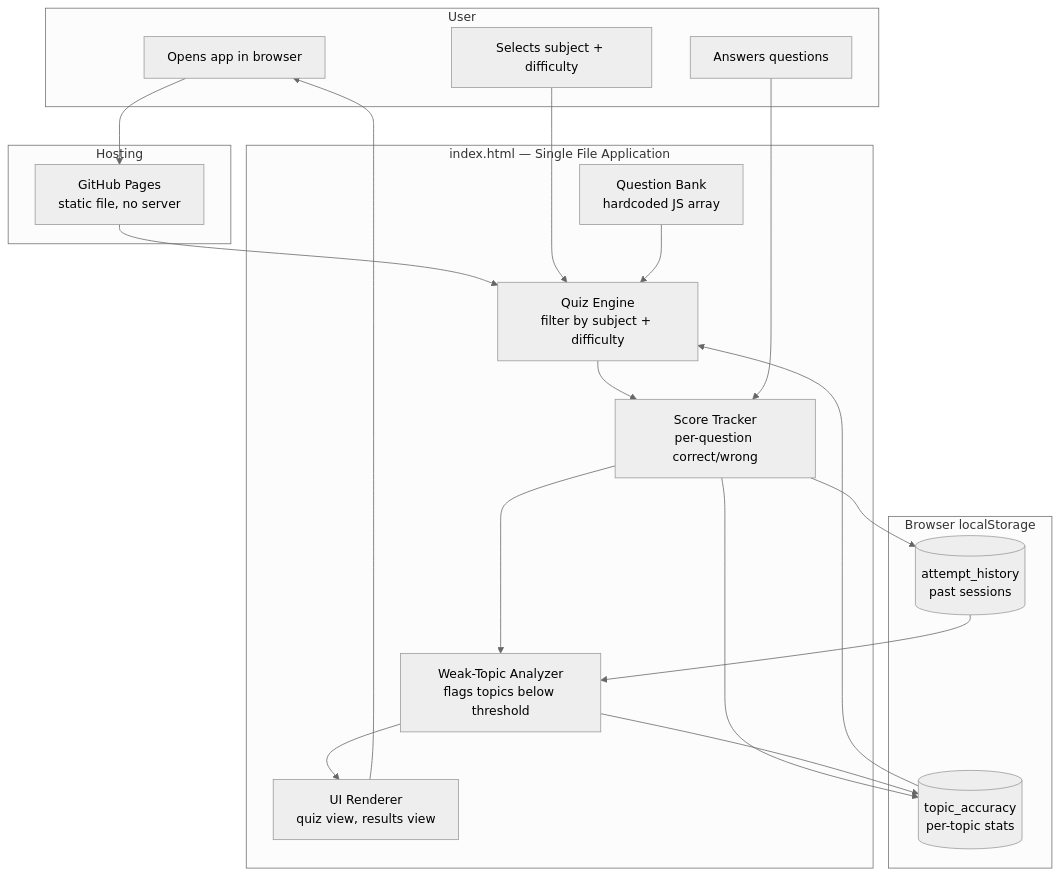
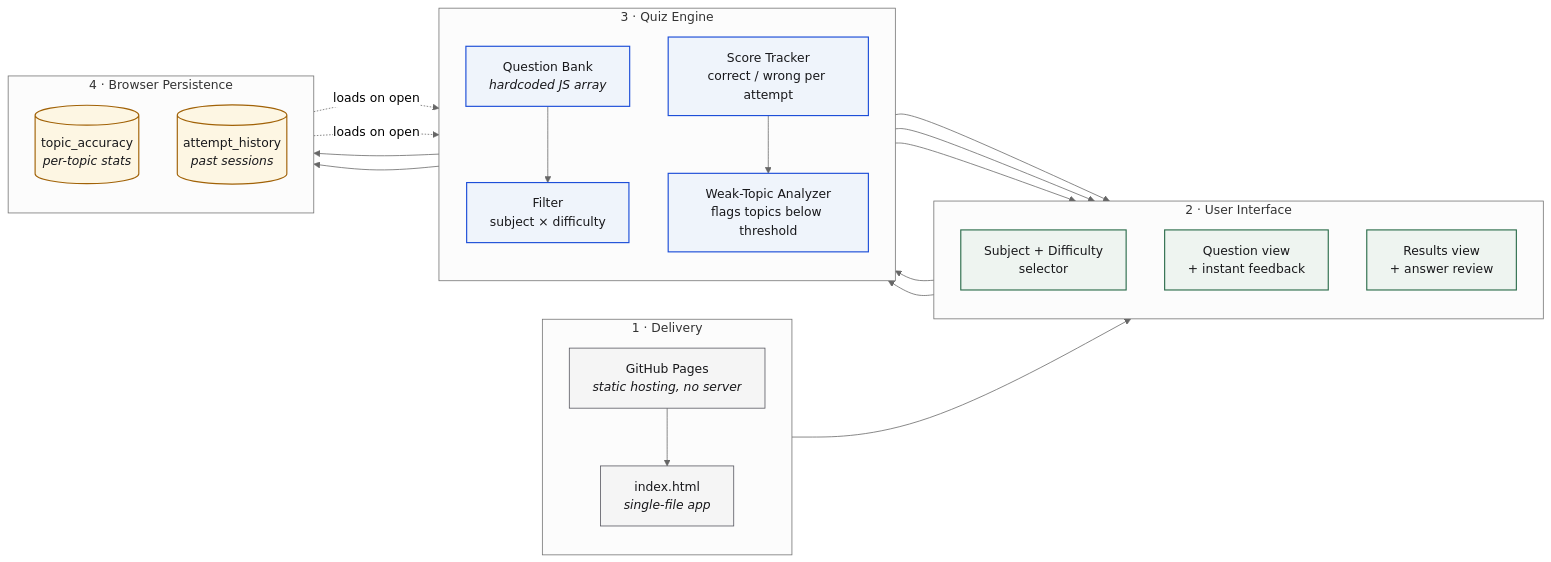
The diagram in README.md (Happ3ns/JEE-Quiz-Generator), drawn with Mermaid (neutral theme) before and after one commit. The commit also changed other lines of this file, not shown here.

Commit message:
Update architecture diagram along with formatting

````diff
--- a/README.md
+++ b/README.md
@@ -9,40 +9,60 @@
 ```mermaid
-flowchart TD
-    subgraph USER["User"]
-        U1[Opens app in browser]
-        U2[Selects subject + difficulty]
-        U3[Answers questions]
+flowchart LR
+    %% ---------- Styling ----------
+    classDef client  fill:#eef4f0,stroke:#2f6f4e,stroke-width:1.5px,color:#18181b
+    classDef engine  fill:#eff4fb,stroke:#1d4ed8,stroke-width:1.5px,color:#18181b
+    classDef storage fill:#fdf6e3,stroke:#a16207,stroke-width:1.5px,color:#18181b
+    classDef host    fill:#f5f5f5,stroke:#52525b,stroke-width:1px,color:#18181b
+
+    %% ---------- Layer 1: Delivery ----------
+    subgraph L1["1 · Delivery"]
+        direction TB
+        H1["GitHub Pages<br/><i>static hosting, no server</i>"]
+        H2["index.html<br/><i>single-file app</i>"]
     end
 
-    subgraph APP["index.html — Single File Application"]
-        A1[Question Bank<br/>hardcoded JS array]
-        A2[Quiz Engine<br/>filter by subject + difficulty]
-        A3[Score Tracker<br/>per-question correct/wrong]
-        A4[Weak-Topic Analyzer<br/>flags topics below threshold]
-        A5[UI Renderer<br/>quiz view, results view]
+    %% ---------- Layer 2: Client ----------
+    subgraph L2["2 · User Interface"]
+        direction TB
+        U1["Subject + Difficulty<br/>selector"]
+        U2["Question view<br/>+ instant feedback"]
+        U3["Results view<br/>+ answer review"]
     end
 
-    subgraph STORAGE["Browser localStorage"]
-        S1[(topic_accuracy<br/>per-topic stats)]
-        S2[(attempt_history<br/>past sessions)]
+    %% ---------- Layer 3: Engine ----------
+    subgraph L3["3 · Quiz Engine"]
+        direction TB
+        Q1["Question Bank<br/><i>hardcoded JS array</i>"]
+        Q2["Filter<br/>subject × difficulty"]
+        Q3["Score Tracker<br/>correct / wrong per attempt"]
+        Q4["Weak-Topic Analyzer<br/>flags topics below threshold"]
     end
 
-    subgraph HOST["Hosting"]
-        H1[GitHub Pages<br/>static file, no server]
+    %% ---------- Layer 4: Persistence ----------
+    subgraph L4["4 · Browser Persistence"]
+        direction TB
+        P1[("topic_accuracy<br/><i>per-topic stats</i>")]
+        P2[("attempt_history<br/><i>past sessions</i>")]
     end
 
-    U1 --> H1
-    H1 --> A2
-    U2 --> A2
-    A1 --> A2
-    A2 --> A3
-    U3 --> A3
-    A3 --> A4
-    A4 --> A5
-    A3 --> S1
-    A4 --> S1
-    A3 --> S2
-    S1 --> A2
-    S2 --> A4
-    A5 --> U1
+    %% ---------- Edges ----------
+    H1 --> H2
+    H2 --> U1
+    U1 --> Q2
+    Q1 --> Q2
+    Q2 --> U2
+    U2 --> Q3
+    Q3 --> Q4
+    Q4 --> P1
+    Q3 --> P2
+    P1 -.->|loads on open| Q2
+    P2 -.->|loads on open| Q4
+    Q3 --> U3
+    Q4 --> U3
+
+    %% ---------- Apply classes ----------
+    class H1,H2 host
+    class U1,U2,U3 client
+    class Q1,Q2,Q3,Q4 engine
+    class P1,P2 storage
 ```
````
